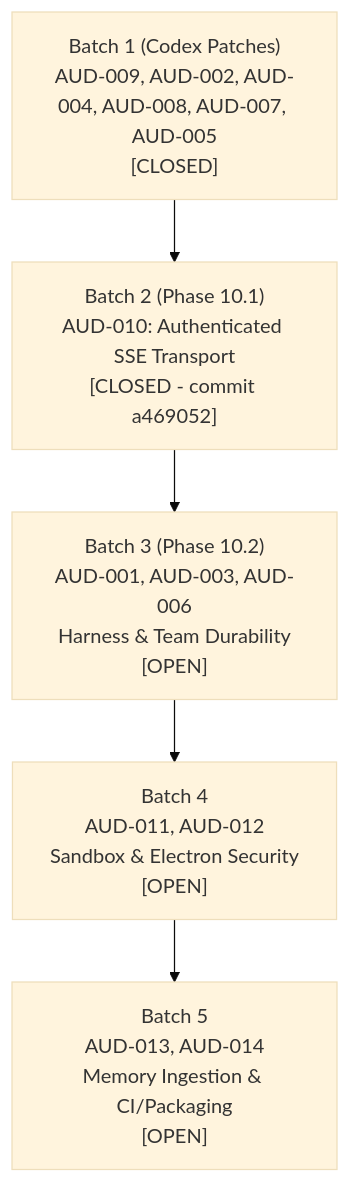
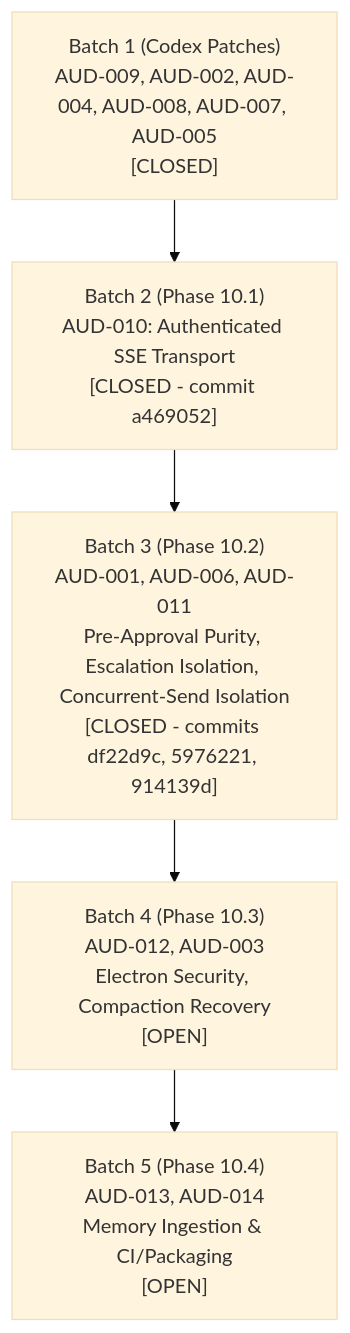
The diagram in docs/audit/FIX_PLAN.md (Roopesh-kosuri/Code-OS), drawn with Mermaid (base theme) before and after one commit. The commit also changed other lines of this file and 1 other file, not shown here.

Commit message:
docs(audit): close AUD-001, AUD-006, AUD-011 in register; update FIX_PLAN Batch 3 (Phase 10.2)

````diff
--- a/docs/audit/FIX_PLAN.md
+++ b/docs/audit/FIX_PLAN.md
@@ -10,7 +10,7 @@
 ```mermaid
 graph TD
     B1["Batch 1 (Codex Patches)<br/>AUD-009, AUD-002, AUD-004, AUD-008, AUD-007, AUD-005<br/>[CLOSED]"] --> B2["Batch 2 (Phase 10.1)<br/>AUD-010: Authenticated SSE Transport<br/>[CLOSED - commit a469052]"]
-    B2 --> B3["Batch 3 (Phase 10.2)<br/>AUD-001, AUD-003, AUD-006<br/>Harness & Team Durability<br/>[OPEN]"]
-    B3 --> B4["Batch 4<br/>AUD-011, AUD-012<br/>Sandbox & Electron Security<br/>[OPEN]"]
-    B4 --> B5["Batch 5<br/>AUD-013, AUD-014<br/>Memory Ingestion & CI/Packaging<br/>[OPEN]"]
+    B2 --> B3["Batch 3 (Phase 10.2)<br/>AUD-001, AUD-006, AUD-011<br/>Pre-Approval Purity, Escalation Isolation, Concurrent-Send Isolation<br/>[CLOSED - commits df22d9c, 5976221, 914139d]"]
+    B3 --> B4["Batch 4 (Phase 10.3)<br/>AUD-012, AUD-003<br/>Electron Security, Compaction Recovery<br/>[OPEN]"]
+    B4 --> B5["Batch 5 (Phase 10.4)<br/>AUD-013, AUD-014<br/>Memory Ingestion & CI/Packaging<br/>[OPEN]"]
 ```
````
